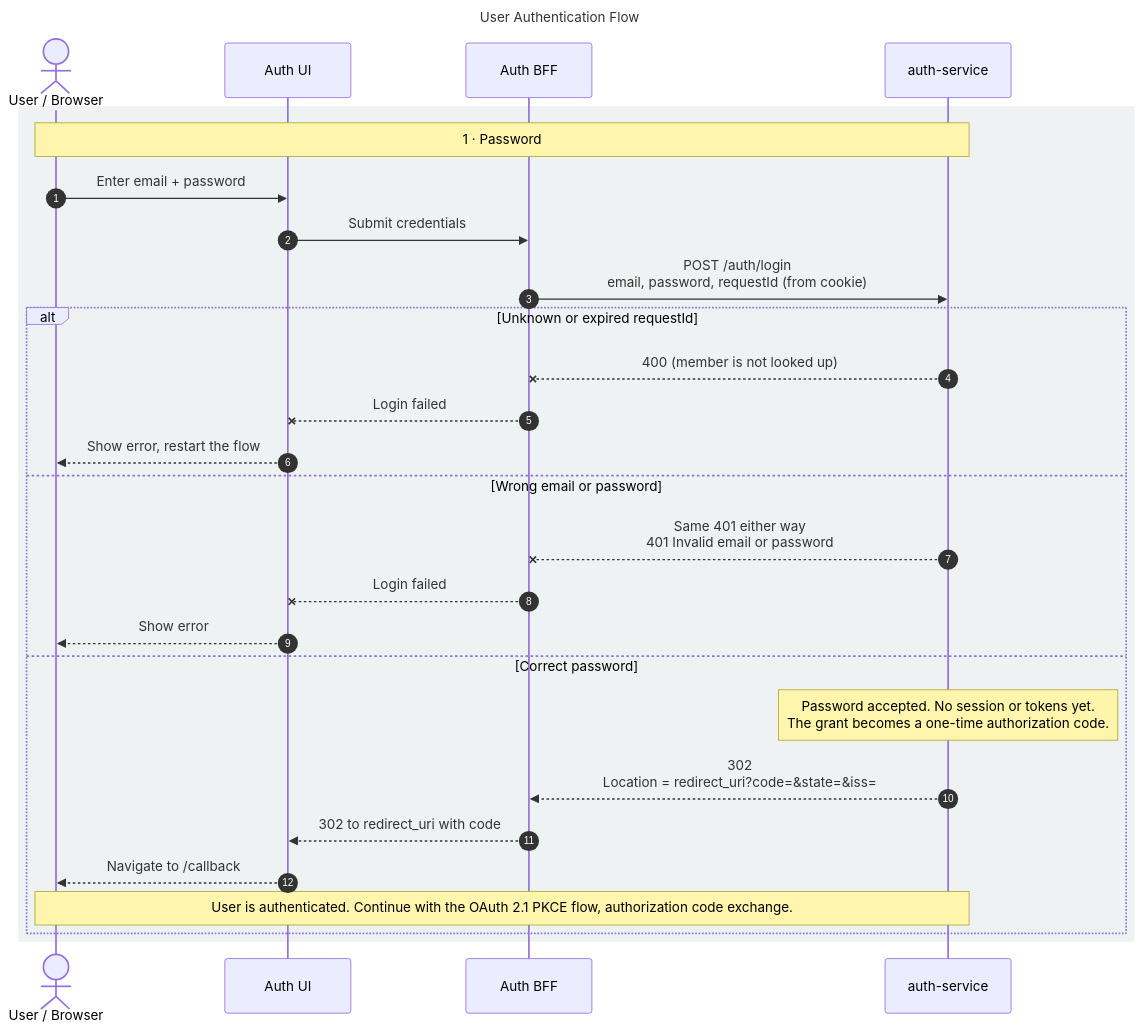
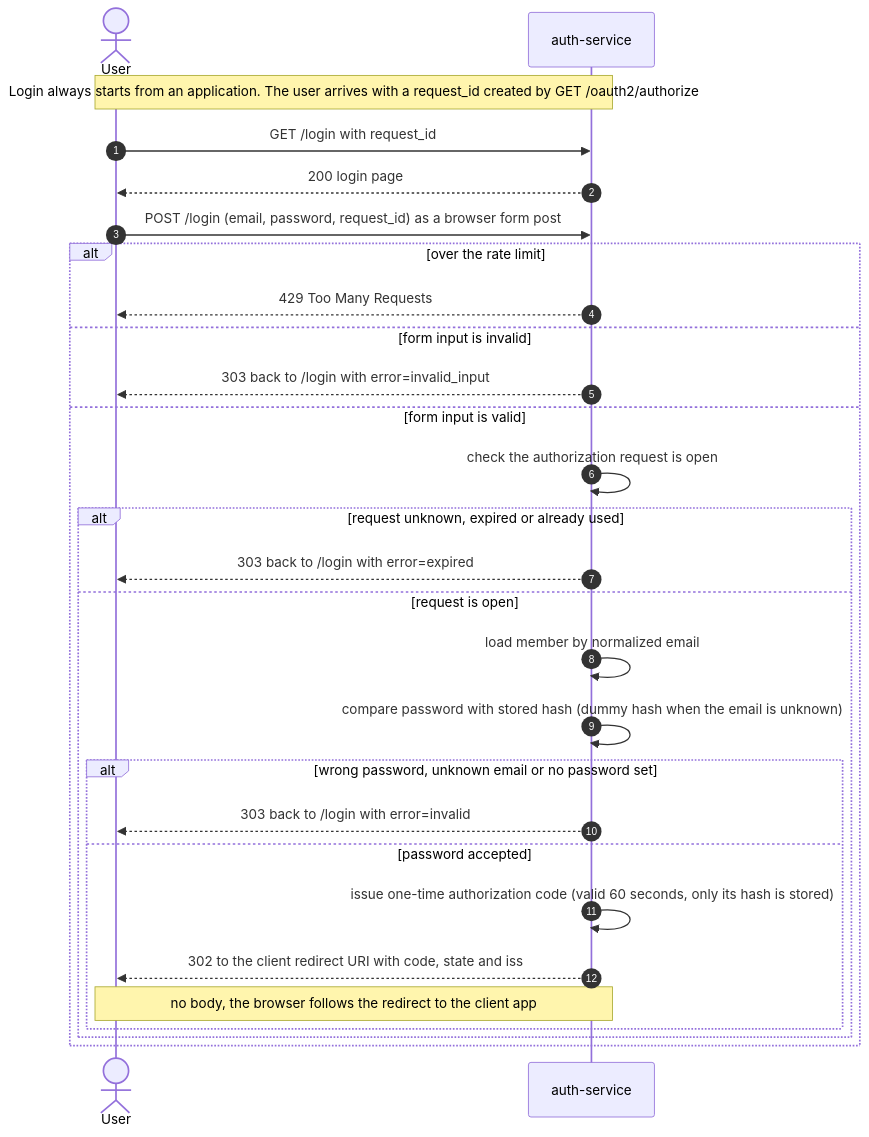
One commit to alifanasrin/modernizing-kitchnsink changed the diagram in auth-service/docs/login-flow.mmd. Above: the diagram before and after it, drawn with Mermaid. The commit also changed 9 other files, not shown here.

```diff
--- a/auth-service/docs/login-flow.mmd
+++ b/auth-service/docs/login-flow.mmd
@@ -1,31 +1,30 @@
----
-title: User Authentication Flow
----
 sequenceDiagram
     autonumber
-    actor B as User / Browser
-    participant UI as Auth UI
-    participant BFF as Auth BFF
-    participant API as auth-service
+    actor U as User
+    participant A as auth-service
 
-    rect rgba(150,170,170,0.15)
-    Note over B,API: 1 · Password
-    B->>UI: Enter email + password
-    UI->>BFF: Submit credentials
-    BFF->>API: POST /auth/login<br/>email, password, requestId (from cookie)
-    alt Unknown or expired requestId
-        API--xBFF: 400 (member is not looked up)
-        BFF--xUI: Login failed
-        UI-->>B: Show error, restart the flow
-    else Wrong email or password
-        API--xBFF: Same 401 either way<br/>401 Invalid email or password
-        BFF--xUI: Login failed
-        UI-->>B: Show error
-    else Correct password
-        Note over API: Password accepted. No session or tokens yet.<br/>The grant becomes a one-time authorization code.
-        API-->>BFF: 302<br/>Location = redirect_uri?code=#38;state=#38;iss=
-        BFF-->>UI: 302 to redirect_uri with code
-        UI-->>B: Navigate to /callback
-        Note over B,API: User is authenticated. Continue with the OAuth 2.1 PKCE flow, authorization code exchange.
+    Note over U,A: Login always starts from an application. The user arrives with a request_id created by GET /oauth2/authorize
+    U->>A: GET /login with request_id
+    A-->>U: 200 login page
+    U->>A: POST /login (email, password, request_id) as a browser form post
+
+    alt over the rate limit
+        A-->>U: 429 Too Many Requests
+    else form input is invalid
+        A-->>U: 303 back to /login with error=invalid_input
+    else form input is valid
+        A->>A: check the authorization request is open
+        alt request unknown, expired or already used
+            A-->>U: 303 back to /login with error=expired
+        else request is open
+            A->>A: load member by normalized email
+            A->>A: compare password with stored hash (dummy hash when the email is unknown)
+            alt wrong password, unknown email or no password set
+                A-->>U: 303 back to /login with error=invalid
+            else password accepted
+                A->>A: issue one-time authorization code (valid 60 seconds, only its hash is stored)
+                A-->>U: 302 to the client redirect URI with code, state and iss
+                Note over U,A: no body, the browser follows the redirect to the client app
+            end
+        end
     end
-    end
```
